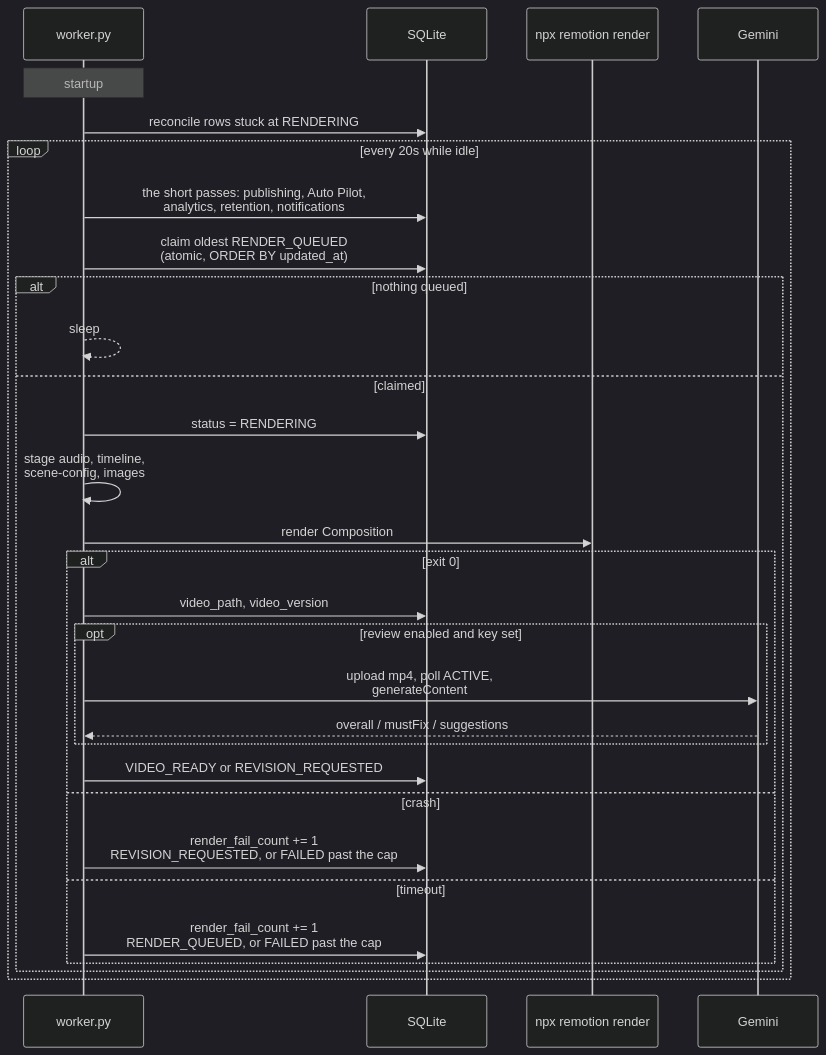
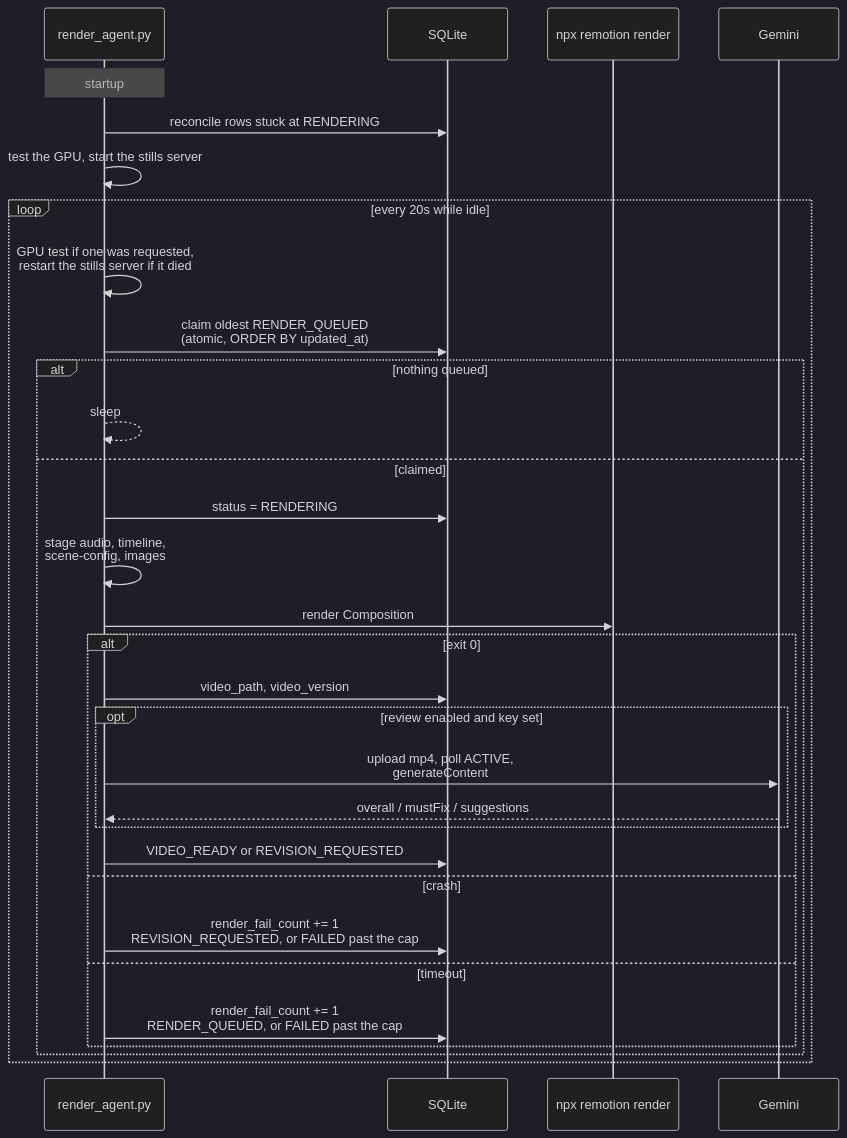
Before and after one commit to teja156/tubematic: the diagram in docs/developer/11-rendering-and-review.md, drawn with Mermaid (dark theme). The commit also changed other lines of this file and 45 other files, not shown here.

Commit message:
Docs, release notes and agent help for the worker/renderer split: five containers, tubematic-worker's loop on page 12, the render path on page 11, the --no-stop refusal and the rollback step (TMDEV-188)

````diff
--- a/docs/developer/11-rendering-and-review.md
+++ b/docs/developer/11-rendering-and-review.md
@@ -13,33 +15,34 @@
 ```mermaid
 sequenceDiagram
-    participant W as worker.py
+    participant W as render_agent.py
     participant DB as SQLite
     participant R as npx remotion render
     participant G as Gemini
 
     Note over W: startup
     W->>DB: reconcile rows stuck at RENDERING
+    W->>W: test the GPU, start the stills server
     loop every 20s while idle
-        W->>DB: the short passes: publishing, Auto Pilot,<br/>analytics, retention, notifications
+        W->>W: GPU test if one was requested,<br/>restart the stills server if it died
         W->>DB: claim oldest RENDER_QUEUED<br/>(atomic, ORDER BY updated_at)
         alt nothing queued
             W-->>W: sleep
         else claimed
             W->>DB: status = RENDERING
             W->>W: stage audio, timeline,<br/>scene-config, images
             W->>R: render Composition
             alt exit 0
                 W->>DB: video_path, video_version
                 opt review enabled and key set
                     W->>G: upload mp4, poll ACTIVE,<br/>generateContent
                     G-->>W: overall / mustFix / suggestions
                 end
                 W->>DB: VIDEO_READY or REVISION_REQUESTED
             else crash
                 W->>DB: render_fail_count += 1<br/>REVISION_REQUESTED, or FAILED past the cap
             else timeout
                 W->>DB: render_fail_count += 1<br/>RENDER_QUEUED, or FAILED past the cap
             end
         end
     end
 ```
````
